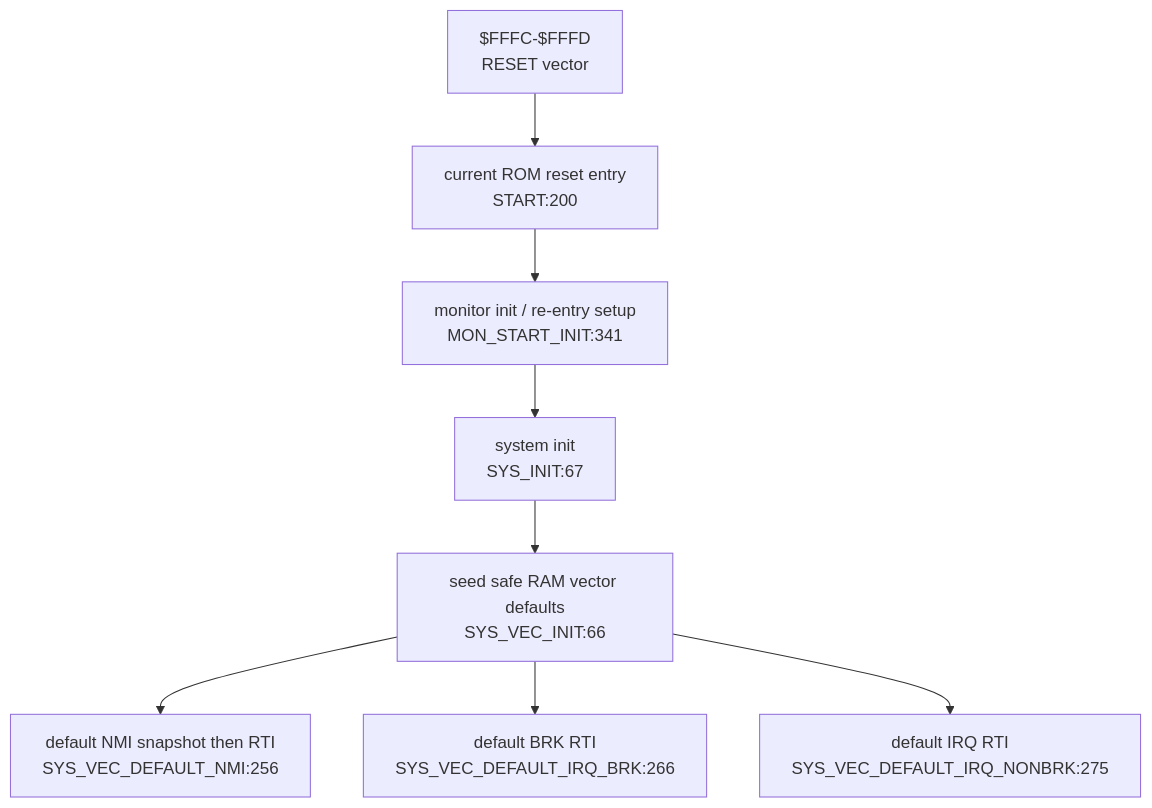
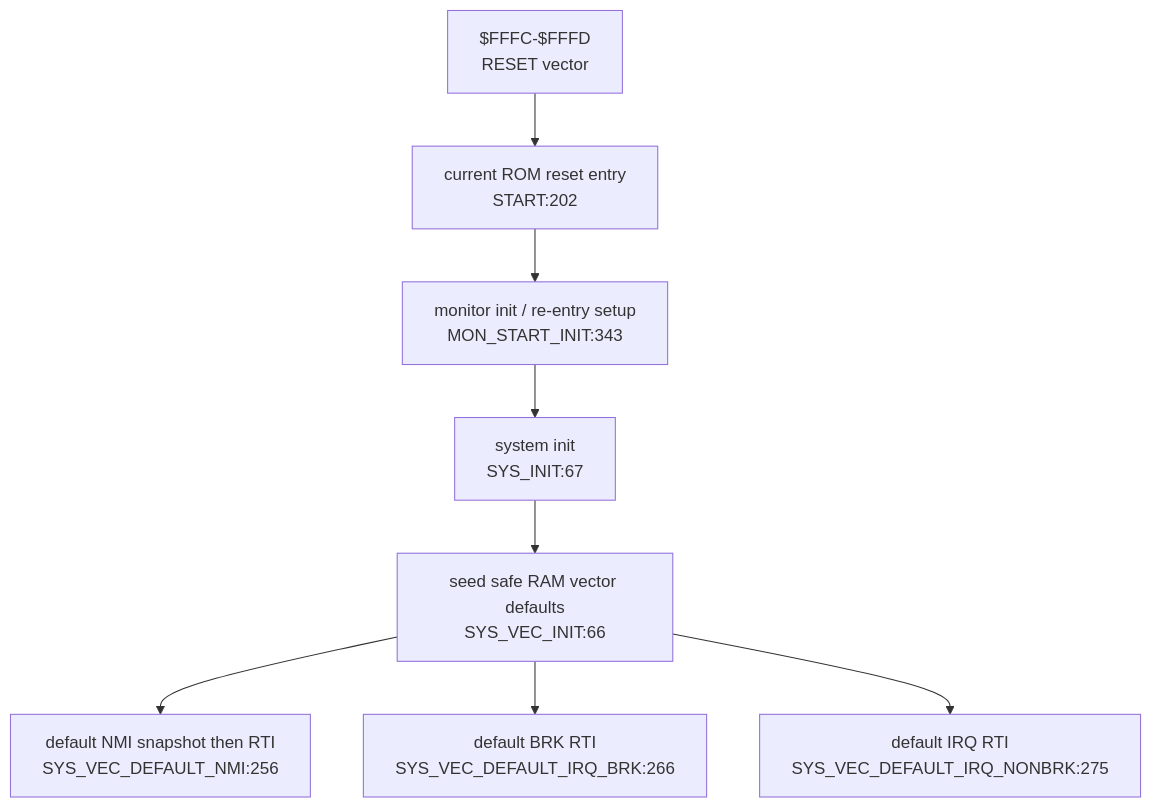
Before and after one commit to 95westus/R-YORS: the second of 6 diagrams in DOC/GENERATED/INTERRUPT_VECTOR_MAP.md, drawn with Mermaid. The commit also changed other lines of this file and 42 other files, not shown here.

````diff
--- a/DOC/GENERATED/INTERRUPT_VECTOR_MAP.md
+++ b/DOC/GENERATED/INTERRUPT_VECTOR_MAP.md
@@ -37,10 +37,10 @@
 ```mermaid
 flowchart TD
-    RESETV["$FFFC-$FFFD<br/>RESET vector"] --> STARTN["current ROM reset entry<br/>START:200"]
-    STARTN --> INIT["monitor init / re-entry setup<br/>MON_START_INIT:341"]
+    RESETV["$FFFC-$FFFD<br/>RESET vector"] --> STARTN["current ROM reset entry<br/>START:202"]
+    STARTN --> INIT["monitor init / re-entry setup<br/>MON_START_INIT:343"]
     INIT --> SYSINIT["system init<br/>SYS_INIT:67"]
     SYSINIT --> VECINIT["seed safe RAM vector defaults<br/>SYS_VEC_INIT:66"]
     VECINIT --> DEFNMI["default NMI snapshot then RTI<br/>SYS_VEC_DEFAULT_NMI:256"]
     VECINIT --> DEFBRK["default BRK RTI<br/>SYS_VEC_DEFAULT_IRQ_BRK:266"]
     VECINIT --> DEFIRQ["default IRQ RTI<br/>SYS_VEC_DEFAULT_IRQ_NONBRK:275"]
 ```
````
